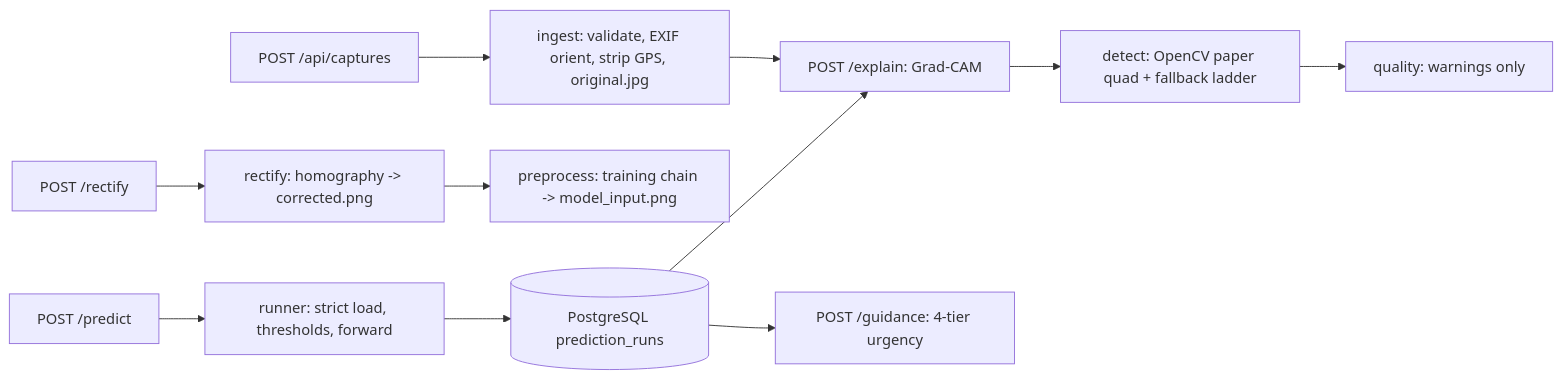
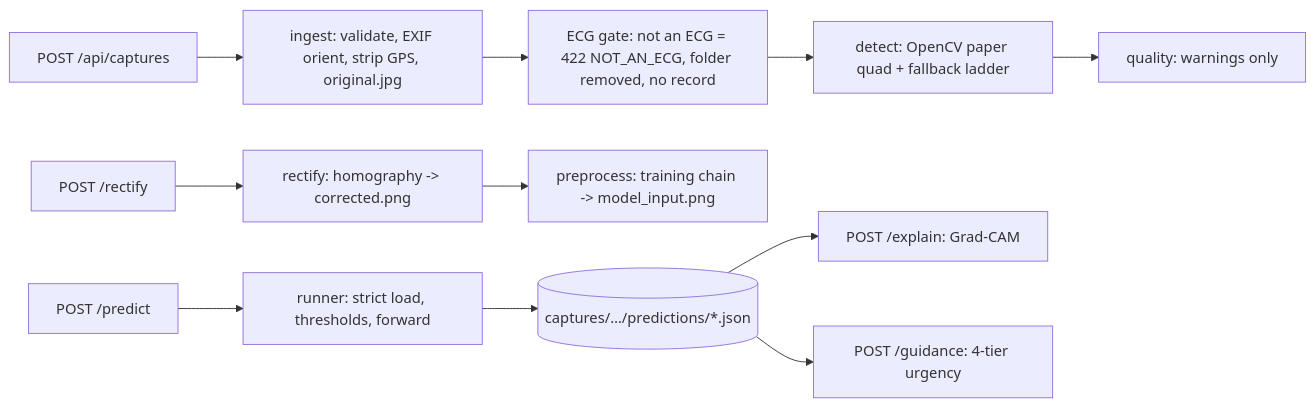
The diagram in AGENTS.md (lindtseyyy/cardiosentry-application), drawn with Mermaid before and after one commit. The commit also changed other lines of this file and 22 other files, not shown here.

````diff
--- a/AGENTS.md
+++ b/AGENTS.md
@@ -19,13 +21,13 @@
 ```mermaid
 flowchart LR
   U[POST /api/captures] --> I[ingest: validate, EXIF orient, strip GPS, original.jpg]
   I --> E[ECG gate: not an ECG = 422 NOT_AN_ECG, folder removed, no record]
   E --> D[detect: OpenCV paper quad + fallback ladder]
   D --> Q[quality: warnings only]
   R[POST /rectify] --> W[rectify: homography -> corrected.png]
   W --> P[preprocess: training chain -> model_input.png]
   X[POST /predict] --> M[runner: strict load, thresholds, forward]
-  M --> S[(PostgreSQL prediction_runs)]
-  S --> E[POST /explain: Grad-CAM]
+  M --> S[(captures/…/predictions/*.json)]
+  S --> XE[POST /explain: Grad-CAM]
   S --> G[POST /guidance: 4-tier urgency]
 ```
````
